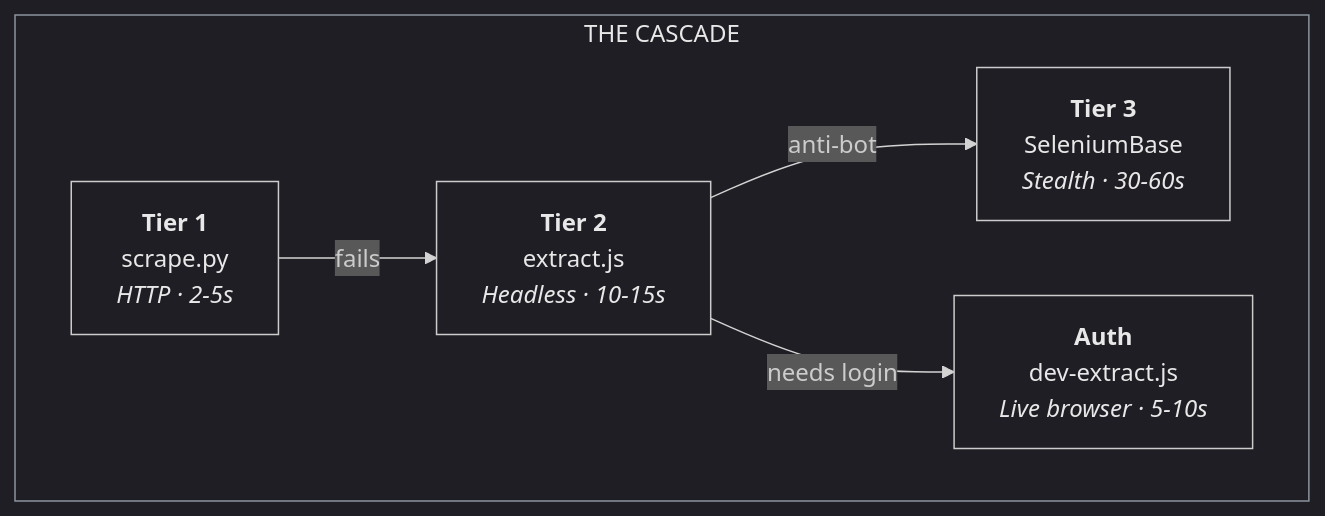
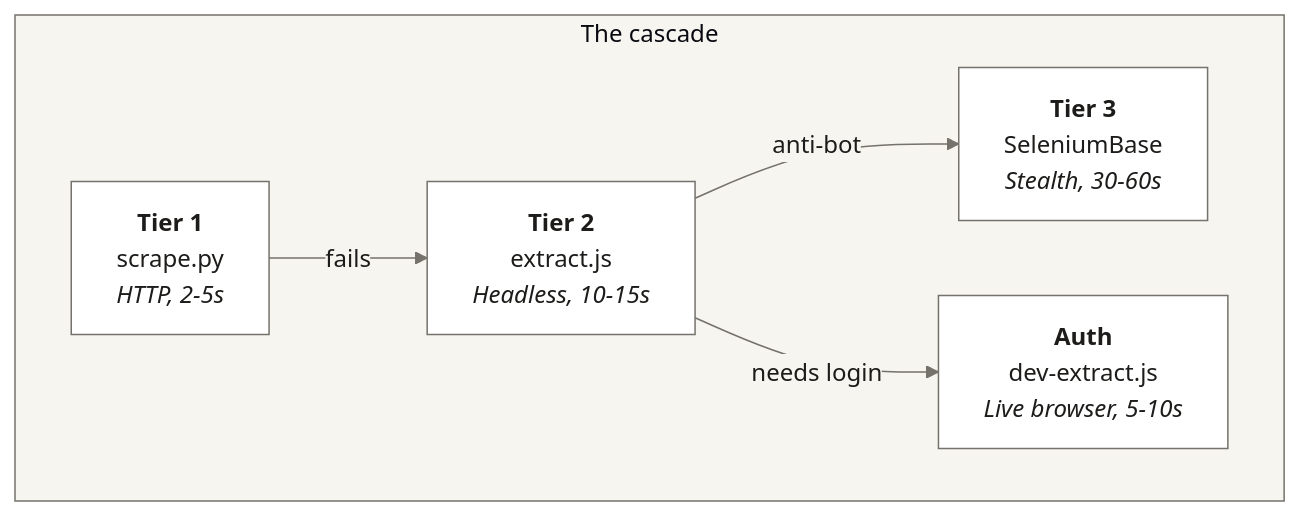
One commit to sellersessions/extract-flow changed the second of 4 diagrams in README.md. Above: the diagram before and after it, drawn with Mermaid. The commit also changed other lines of this file and 14 other files, not shown here.

````diff
--- a/README.md
+++ b/README.md
@@ -110,22 +123,20 @@
 ```mermaid
-%%{init: {'theme': 'dark', 'themeVariables': {'nodeTextColor': '#e8e8e8', 'primaryTextColor': '#e8e8e8', 'secondaryTextColor': '#cccccc', 'tertiaryTextColor': '#cccccc', 'clusterBkg': 'transparent', 'clusterBorder': '#8b949e'}}}%%
-
+%%{init: {'theme': 'base', 'themeVariables': {'primaryColor': '#ffffff', 'primaryTextColor': '#1d1c1a', 'primaryBorderColor': '#74726a', 'lineColor': '#74726a', 'secondaryColor': '#f6f5f0', 'tertiaryColor': '#f6f5f0', 'clusterBkg': '#f6f5f0', 'clusterBorder': '#74726a'}}}%%
 flowchart LR
-    subgraph CASCADE[" THE CASCADE "]
+    subgraph CASCADE["The cascade"]
         direction LR
-        T1["<b>Tier 1</b><br/>scrape.py<br/><i>HTTP · 2-5s</i>"]
-        T2["<b>Tier 2</b><br/>extract.js<br/><i>Headless · 10-15s</i>"]
-        AUTH["<b>Auth</b><br/>dev-extract.js<br/><i>Live browser · 5-10s</i>"]
-        T3["<b>Tier 3</b><br/>SeleniumBase<br/><i>Stealth · 30-60s</i>"]
+        T1["<b>Tier 1</b><br/>scrape.py<br/><i>HTTP, 2-5s</i>"]
+        T2["<b>Tier 2</b><br/>extract.js<br/><i>Headless, 10-15s</i>"]
+        AUTH["<b>Auth</b><br/>dev-extract.js<br/><i>Live browser, 5-10s</i>"]
+        T3["<b>Tier 3</b><br/>SeleniumBase<br/><i>Stealth, 30-60s</i>"]
     end
 
     T1 -->|"fails"| T2
     T2 -->|"anti-bot"| T3
     T2 -->|"needs login"| AUTH
 
-    style T1 fill:none,stroke-width:1px,color:#e8e8e8
-    style T2 fill:none,stroke-width:1px,color:#e8e8e8
-    style AUTH fill:none,stroke-width:1px,color:#e8e8e8
-    style T3 fill:none,stroke-width:1px,color:#e8e8e8
-    style CASCADE fill:none,stroke-width:1px,color:#e8e8e8
+    style T1 fill:#ffffff,stroke:#74726a,stroke-width:1px,color:#1d1c1a
+    style T2 fill:#ffffff,stroke:#74726a,stroke-width:1px,color:#1d1c1a
+    style AUTH fill:#ffffff,stroke:#74726a,stroke-width:1px,color:#1d1c1a
+    style T3 fill:#ffffff,stroke:#74726a,stroke-width:1px,color:#1d1c1a
 ```
````
